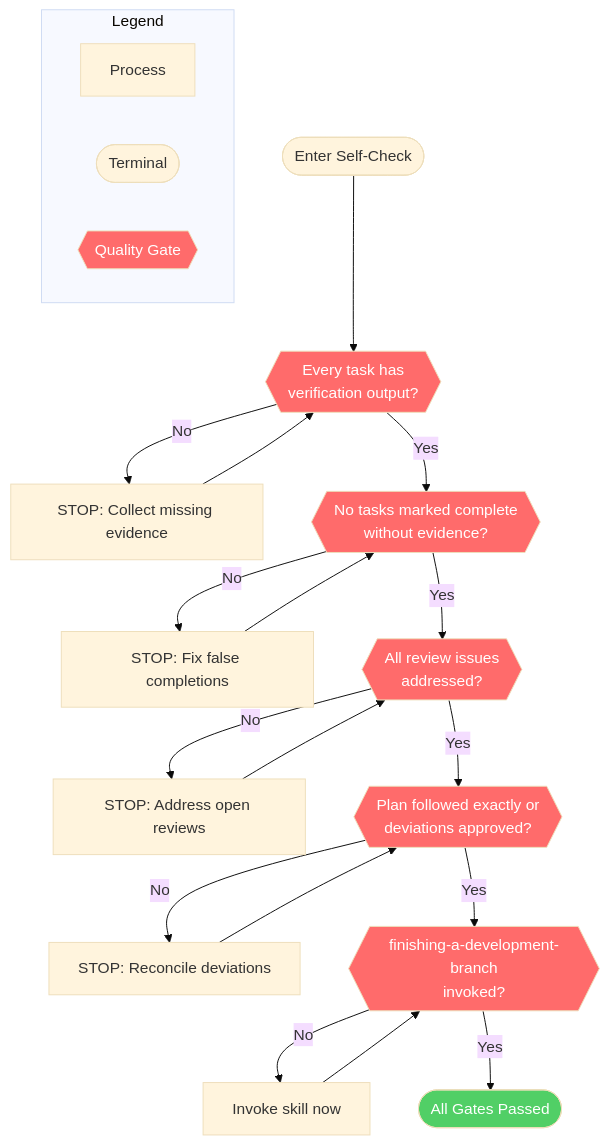
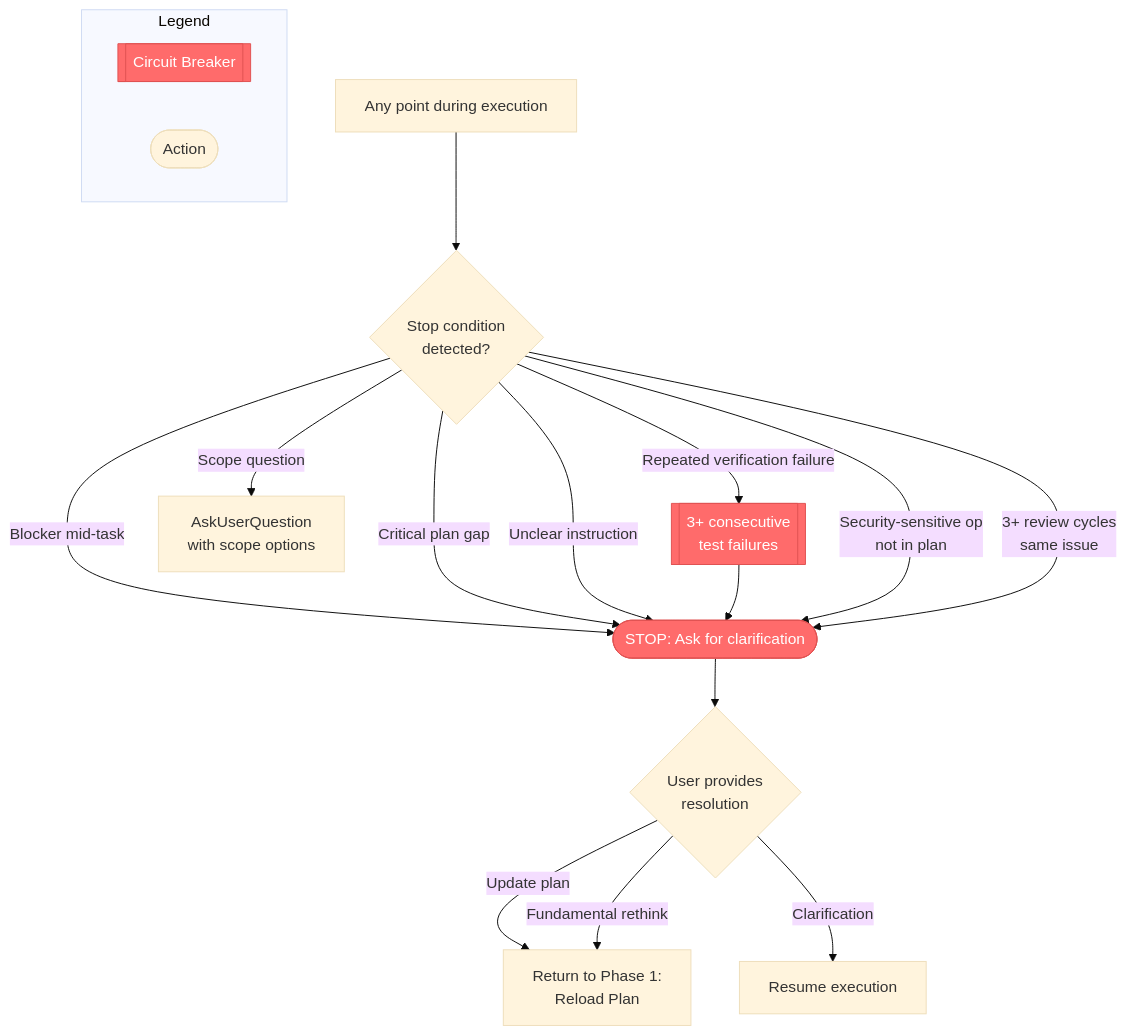
The fourth of 5 diagrams in docs/diagrams/skills/executing-plans.md (axiomantic/spellbook), drawn with Mermaid (base theme) before and after one commit. The commit also changed other lines of this file and 34 other files, not shown here.

````diff
--- a/docs/diagrams/skills/executing-plans.md
+++ b/docs/diagrams/skills/executing-plans.md
@@ -261,33 +176,25 @@
 ```mermaid
 flowchart TD
-    subgraph Legend
-        L1[Process]
-        L3([Terminal])
-        L5{{Quality Gate}}
+    subgraph legend[" Legend "]
+        direction LR
+        l5[[Circuit Breaker]]:::gate
+        l6([Action])
     end
 
-    ENTER([Enter Self-Check]) --> C1{{"Every task has<br>verification output?"}}
-    C1 -->|No| FIX1["STOP: Collect missing evidence"]
-    FIX1 --> C1
-    C1 -->|Yes| C2{{"No tasks marked complete<br>without evidence?"}}
-    C2 -->|No| FIX2["STOP: Fix false completions"]
-    FIX2 --> C2
-    C2 -->|Yes| C3{{"All review issues<br>addressed?"}}
-    C3 -->|No| FIX3["STOP: Address open reviews"]
-    FIX3 --> C3
-    C3 -->|Yes| C4{{"Plan followed exactly or<br>deviations approved?"}}
-    C4 -->|No| FIX4["STOP: Reconcile deviations"]
-    FIX4 --> C4
-    C4 -->|Yes| C5{{"finishing-a-development-branch<br>invoked?"}}
-    C5 -->|No| FIX5["Invoke skill now"]
-    FIX5 --> C5
-    C5 -->|Yes| PASS([All Gates Passed])
+    ANY[Any point during execution] --> CHECK{Stop condition<br>detected?}
 
-    style L5 fill:#ff6b6b,color:#fff
-    style C1 fill:#ff6b6b,color:#fff
-    style C2 fill:#ff6b6b,color:#fff
-    style C3 fill:#ff6b6b,color:#fff
-    style C4 fill:#ff6b6b,color:#fff
-    style C5 fill:#ff6b6b,color:#fff
-    style PASS fill:#51cf66,color:#fff
+    CHECK -->|Blocker mid-task| STOP([STOP: Ask for clarification]):::gate
+    CHECK -->|Critical plan gap| STOP
+    CHECK -->|Unclear instruction| STOP
+    CHECK -->|Repeated verification failure| CB1[[3+ consecutive<br>test failures]]:::gate --> STOP
+    CHECK -->|Security-sensitive op<br>not in plan| STOP
+    CHECK -->|Scope question| ASK[AskUserQuestion<br>with scope options]
+    CHECK -->|3+ review cycles<br>same issue| STOP
+
+    STOP --> RESUME{User provides<br>resolution}
+    RESUME -->|Update plan| RELOAD[Return to Phase 1:<br>Reload Plan]
+    RESUME -->|Clarification| CONTINUE[Resume execution]
+    RESUME -->|Fundamental rethink| RELOAD
+
+    classDef gate fill:#ff6b6b,stroke:#e05252,color:#fff
 ```
````
